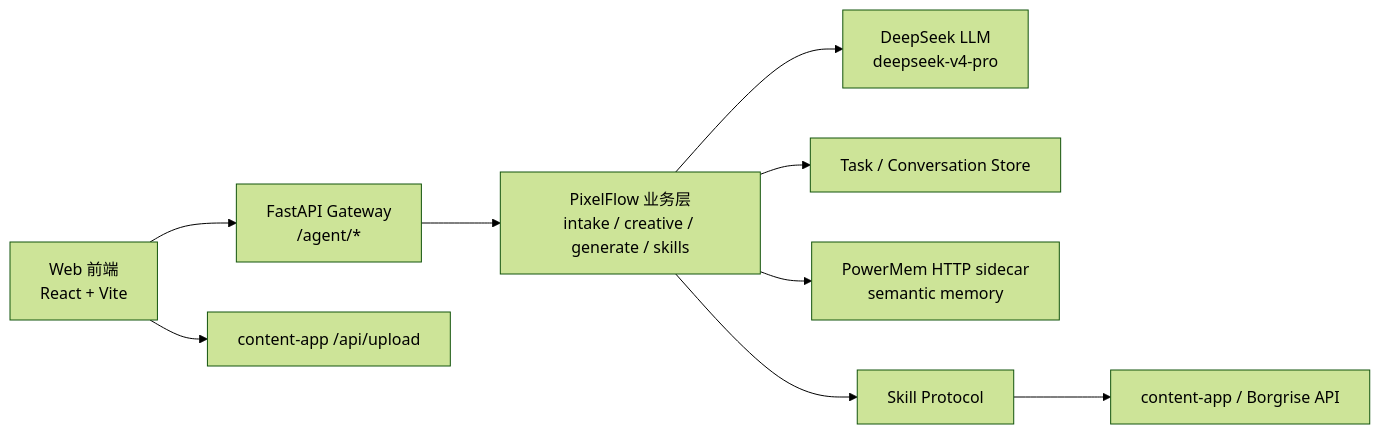
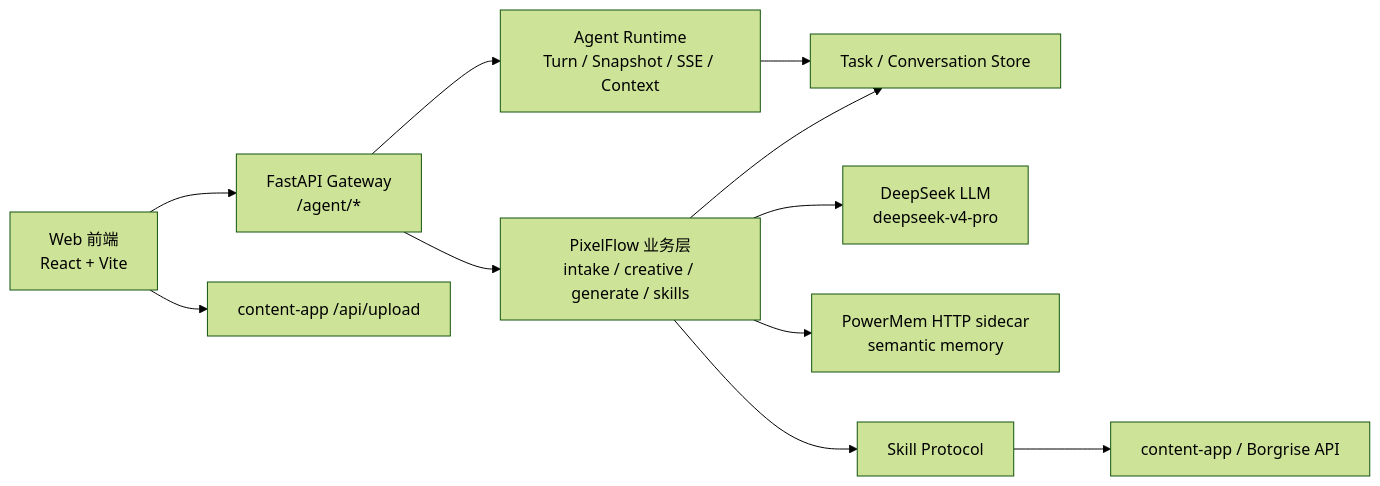
Before and after one commit to joyslxd/pixelflow: the first of 2 diagrams in README.md, drawn with Mermaid (forest theme). The commit also changed other lines of this file and 26 other files, not shown here.

````diff
--- a/README.md
+++ b/README.md
@@ -34,11 +35,13 @@
 ```mermaid
 flowchart LR
   FE["Web 前端<br/>React + Vite"] --> GW["FastAPI Gateway<br/>/agent/*"]
   GW --> PF["PixelFlow 业务层<br/>intake / creative / generate / skills"]
+  GW --> Runtime["Agent Runtime<br/>Turn / Snapshot / SSE / Context"]
+  Runtime --> Store
   PF --> LLM["DeepSeek LLM<br/>deepseek-v4-pro"]
   PF --> Store["Task / Conversation Store"]
   PF --> PM["PowerMem HTTP sidecar<br/>semantic memory"]
   PF --> Skill["Skill Protocol"]
   Skill --> Borgrise["content-app / Borgrise API"]
   FE --> Upload["content-app /api/upload"]
 ```
````
